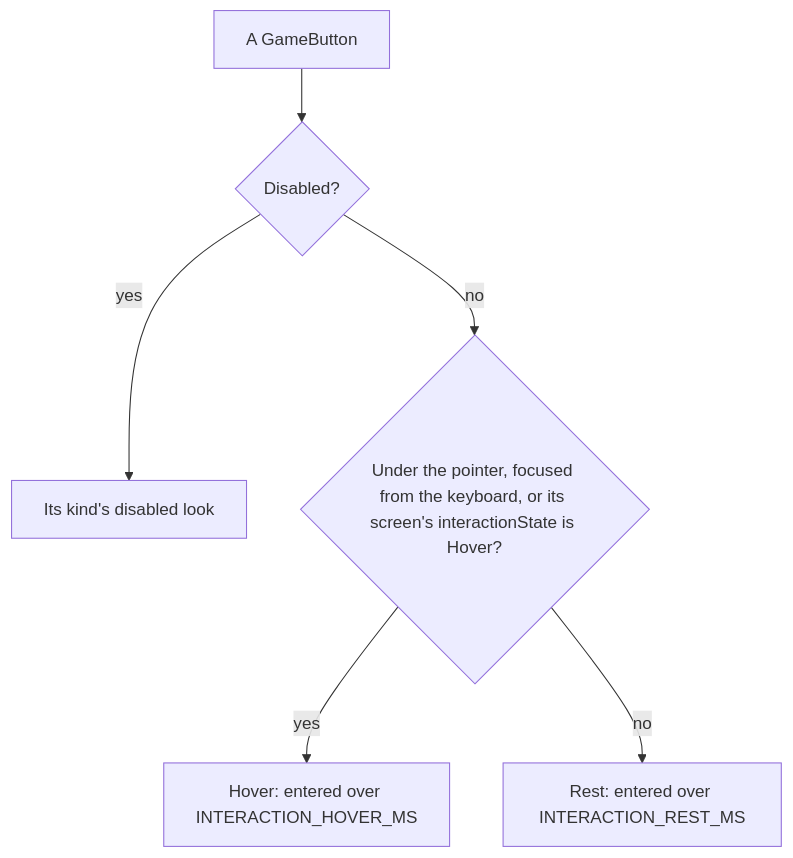
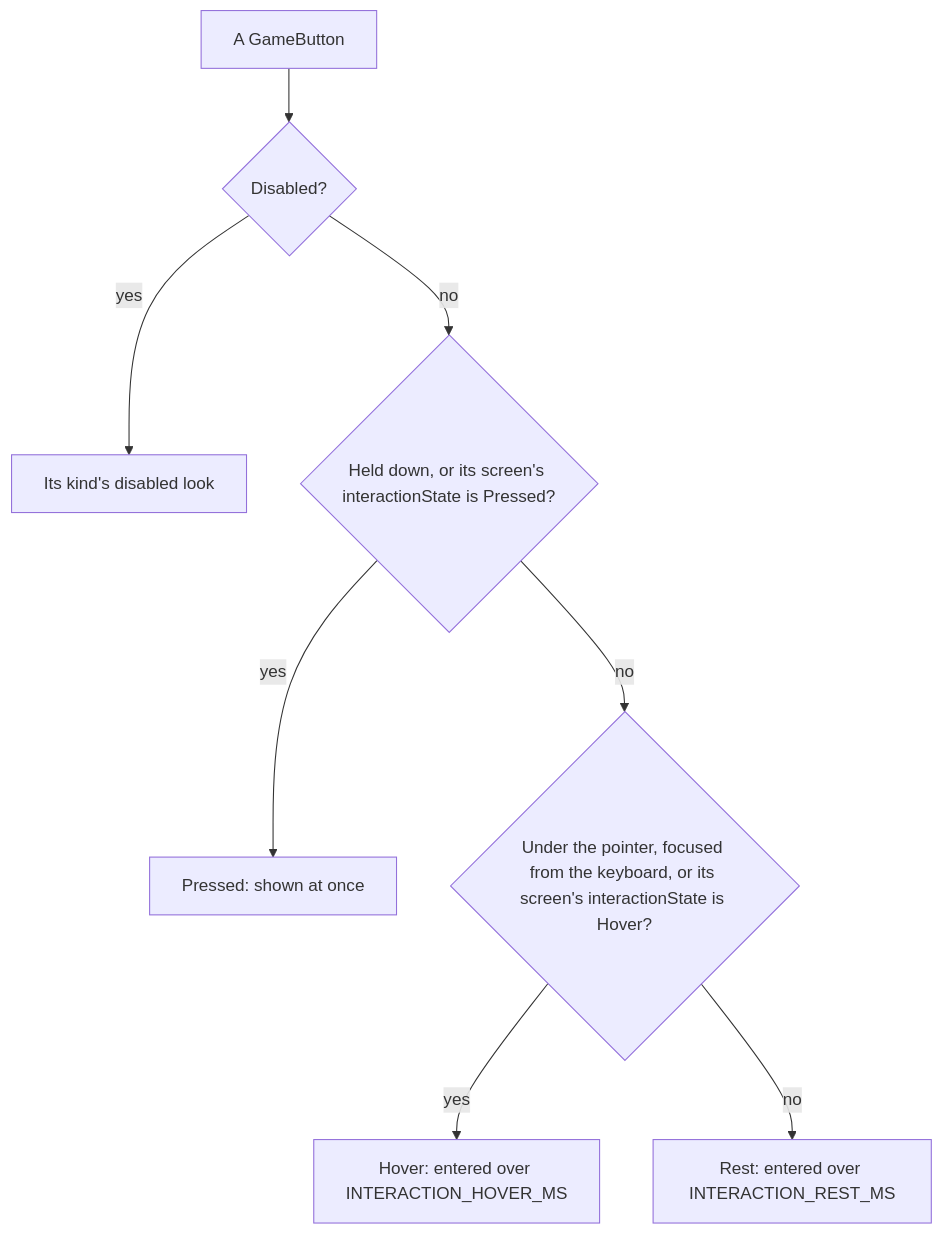
The second of 2 diagrams in apps/web/content/docs/genshin/interface-library.md (Esposter/Esposter), drawn with Mermaid before and after one commit. The commit also changed other lines of this file and 5 other files, not shown here.

First line of the commit message:
feat(genshin-interface): a pressed side bar button turns its disc cream and its icon ink, back at its resting size

````diff
--- a/apps/web/content/docs/genshin/interface-library.md
+++ b/apps/web/content/docs/genshin/interface-library.md
@@ -34,8 +34,10 @@
 ```mermaid
 flowchart TD
   B[A GameButton] --> D{Disabled?}
   D -->|yes| X[Its kind's disabled look]
-  D -->|no| H{"Under the pointer, focused from the keyboard, or its screen's interactionState is Hover?"}
+  D -->|no| P{"Held down, or its screen's interactionState is Pressed?"}
+  P -->|yes| K[Pressed: shown at once]
+  P -->|no| H{"Under the pointer, focused from the keyboard, or its screen's interactionState is Hover?"}
   H -->|yes| L[Hover: entered over INTERACTION_HOVER_MS]
   H -->|no| R[Rest: entered over INTERACTION_REST_MS]
 ```
````
